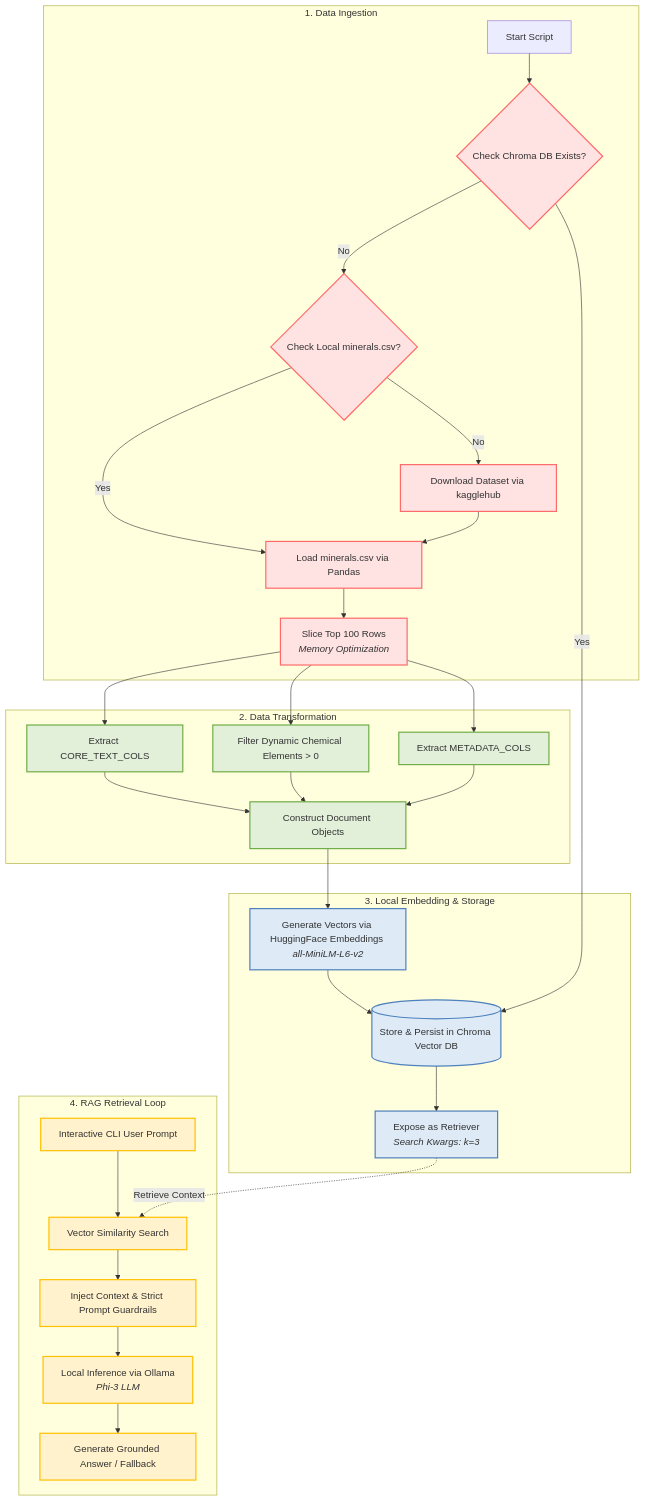
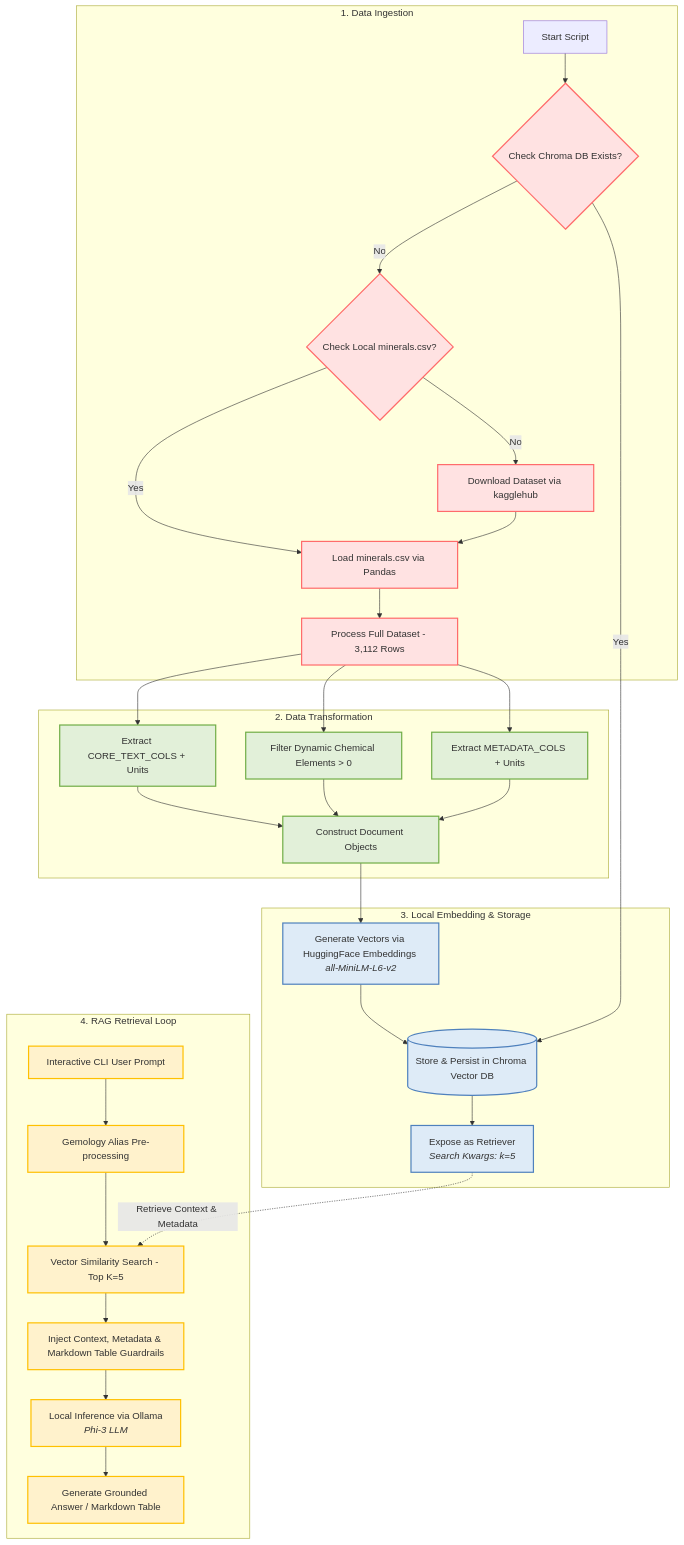
One commit to laura-chou/mineral-rag changed the diagram in README.md. Above: the diagram before and after it, drawn with Mermaid. The commit also changed other lines of this file and 1 other file, not shown here.

Commit message:
Full dataset ingestion, gemology alias mapping, physical units, and k=5 retriever depth in app.py

````diff
--- a/README.md
+++ b/README.md
@@ -43,49 +45,50 @@
 ```mermaid
 graph TD
     %% System Styles
     classDef Ingestion fill:#FFE2E2,stroke:#FF6B6B,stroke-width:2px;
     classDef Transformation fill:#E2F0D9,stroke:#70AD47,stroke-width:2px;
     classDef Storage fill:#DEEBF7,stroke:#4F81BD,stroke-width:2px;
     classDef Inference fill:#FFF2CC,stroke:#FFC000,stroke-width:2px;
 
     %% Stage 1: Data Ingestion
     subgraph S1 [1. Data Ingestion]
         A[Start Script] --> B{Check Chroma DB Exists?}
         B -- No --> C{Check Local minerals.csv?}
         C -- Yes --> D[Load minerals.csv via Pandas]
         C -- No --> E[Download Dataset via kagglehub]
         E --> D
-        D --> F[Slice Top 100 Rows <br><i>Memory Optimization</i>]
+        D --> F[Process Full Dataset - 3,112 Rows]
     end
     class B,C,D,E,F Ingestion;
 
     %% Stage 2: Data Transformation
     subgraph S2 [2. Data Transformation]
-        F --> G[Extract CORE_TEXT_COLS]
+        F --> G[Extract CORE_TEXT_COLS + Units]
         F --> H[Filter Dynamic Chemical Elements > 0]
-        F --> I[Extract METADATA_COLS]
+        F --> I[Extract METADATA_COLS + Units]
         G --> J[Construct Document Objects]
         H --> J
         I --> J
     end
     class G,H,I,J Transformation;
 
     %% Stage 3: Local Embedding & Storage
     subgraph S3 [3. Local Embedding & Storage]
         J --> K[Generate Vectors via HuggingFace Embeddings <br><i>all-MiniLM-L6-v2</i>]
         K --> L[(Store & Persist in Chroma Vector DB)]
         B -- Yes --> L
-        L --> M[Expose as Retriever <br><i>Search Kwargs: k=3</i>]
+        L --> M[Expose as Retriever <br><i>Search Kwargs: k=5</i>]
     end
     class K,L,M Storage;
 
     %% Stage 4: RAG Retrieval & Inference
     subgraph S4 [4. RAG Retrieval Loop]
-        N[Interactive CLI User Prompt] --> O[Vector Similarity Search]
-        M -.->|Retrieve Context| O
-        O --> P[Inject Context & Strict Prompt Guardrails]
-        P --> Q[Local Inference via Ollama <br><i>Phi-3 LLM</i>]
-        Q --> R[Generate Grounded Answer / Fallback]
+        N[Interactive CLI User Prompt] --> O[Gemology Alias Pre-processing]
+        O --> P[Vector Similarity Search - Top K=5]
+        M -.->|Retrieve Context & Metadata| P
+        P --> Q[Inject Context, Metadata & Markdown Table Guardrails]
+        Q --> R[Local Inference via Ollama <br><i>Phi-3 LLM</i>]
+        R --> S[Generate Grounded Answer / Markdown Table]
     end
-    class N,O,P,Q,R Inference;
+    class N,O,P,Q,R,S Inference;
 ```
````
